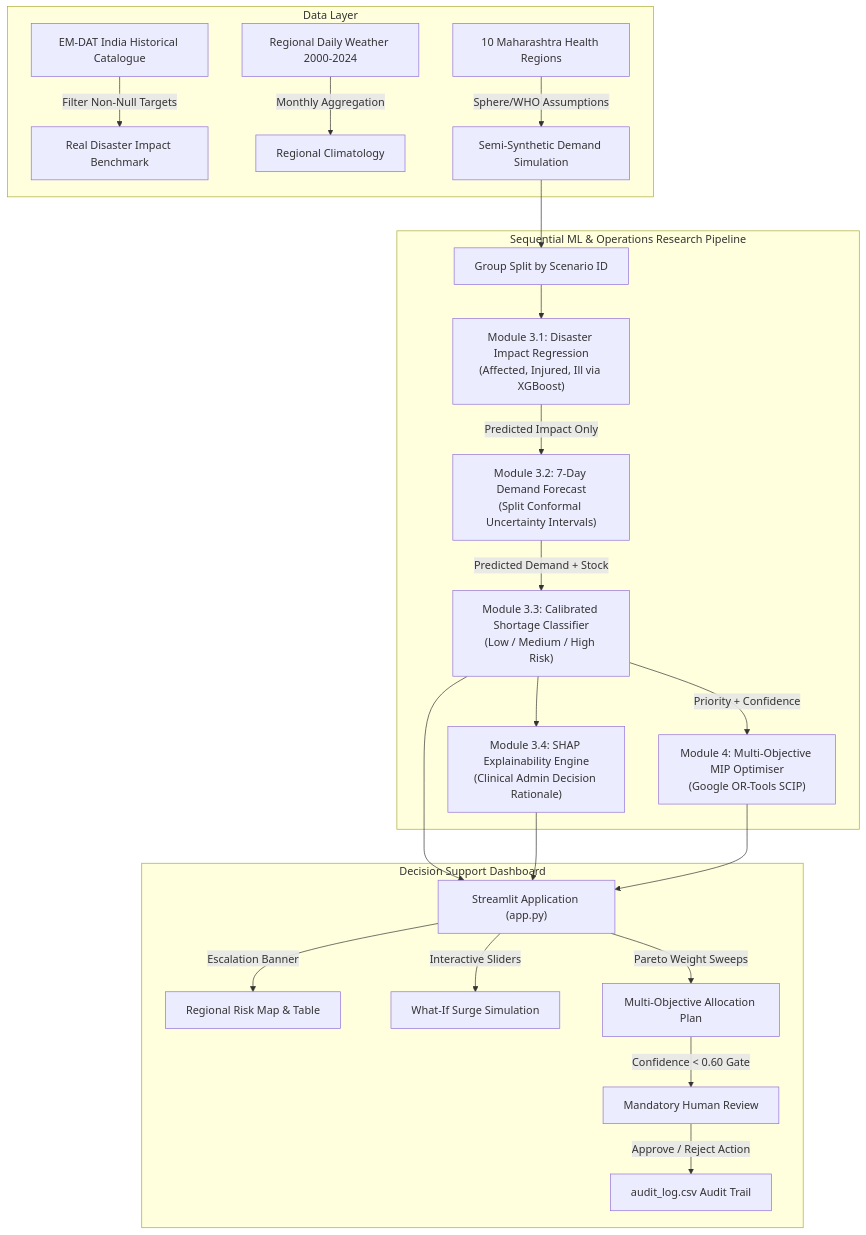
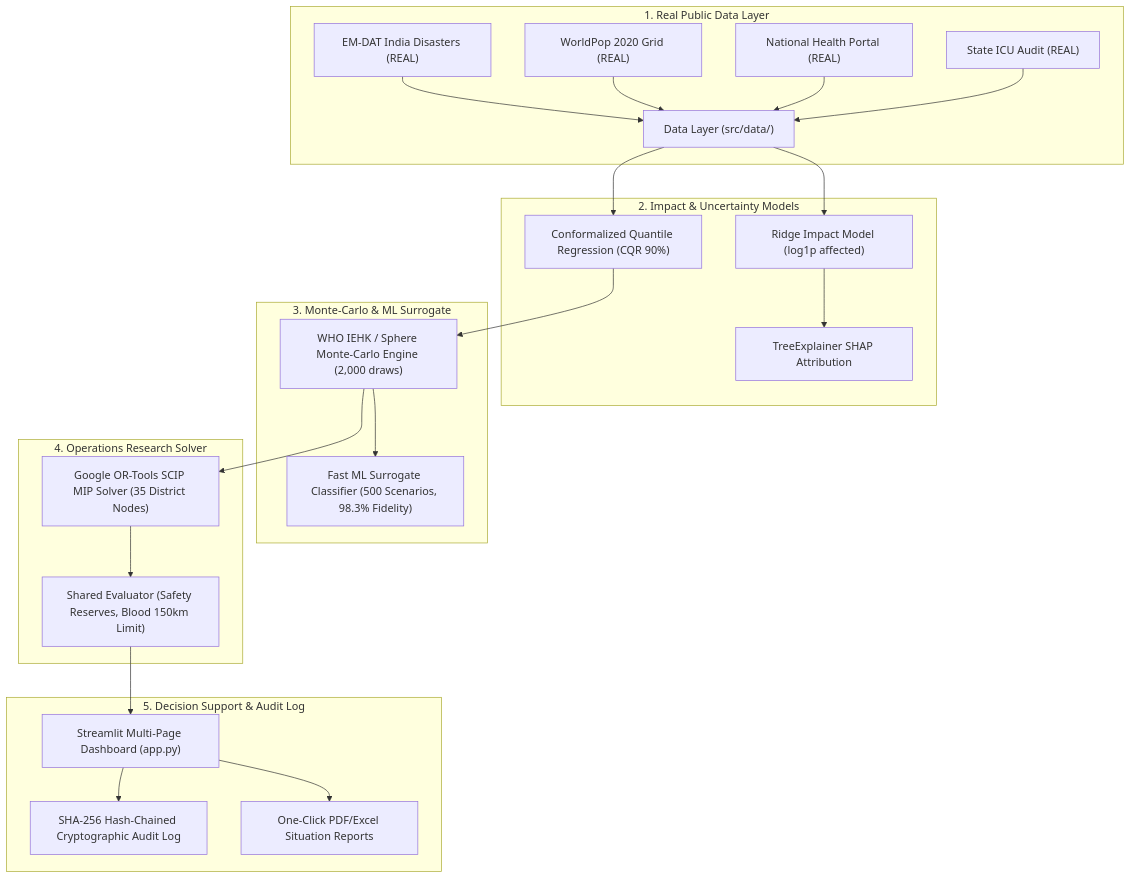
Before and after one commit to Srushti2630/disaster-healthcare-ai: the diagram in README.md, drawn with Mermaid. The commit also changed other lines of this file, not shown here.

Commit message:
Step 5: Rewrite README.md with honest abstract, architecture diagram, provenance registry, Before vs After table, 20-scenario benchmark results, limitations, and run instructions

````diff
--- a/README.md
+++ b/README.md
@@ -14,28 +14,31 @@
 ```mermaid
 flowchart TD
-    subgraph Data Layer
-        A1[EM-DAT India Historical Catalogue] -->|Filter Non-Null Targets| B1[Real Disaster Impact Benchmark]
-        A2[Regional Daily Weather 2000-2024] -->|Monthly Aggregation| B2[Regional Climatology]
-        A3[10 Maharashtra Health Regions] -->|Sphere/WHO Assumptions| B3[Semi-Synthetic Demand Simulation]
+    subgraph Data Layer [1. Real Public Data Layer]
+        A1["EM-DAT India Disasters (REAL)"] --> B1["Data Layer (src/data/)"]
+        A2["WorldPop 2020 Grid (REAL)"] --> B1
+        A3["National Health Portal (REAL)"] --> B1
+        A4["State ICU Audit (REAL)"] --> B1
     end
 
-    subgraph Pipeline [Sequential ML & Operations Research Pipeline]
-        B3 --> C1[Group Split by Scenario ID]
-        C1 --> M1["Module 3.1: Disaster Impact Regression<br/>(Affected, Injured, Ill via XGBoost)"]
-        M1 -->|Predicted Impact Only| M2["Module 3.2: 7-Day Demand Forecast<br/>(Split Conformal Uncertainty Intervals)"]
-        M2 -->|Predicted Demand + Stock| M3["Module 3.3: Calibrated Shortage Classifier<br/>(Low / Medium / High Risk)"]
-        M3 --> M4["Module 3.4: SHAP Explainability Engine<br/>(Clinical Admin Decision Rationale)"]
-        M3 -->|Priority + Confidence| OPT["Module 4: Multi-Objective MIP Optimiser<br/>(Google OR-Tools SCIP)"]
+    subgraph Modeling Layer [2. Impact & Uncertainty Models]
+        B1 --> C1["Ridge Impact Model (log1p affected)"]
+        B1 --> C2["Conformalized Quantile Regression (CQR 90%)"]
+        C1 --> D1["TreeExplainer SHAP Attribution"]
     end
 
-    subgraph Governance & Delivery [Decision Support Dashboard]
-        M3 --> DASH["Streamlit Application (app.py)"]
-        M4 --> DASH
-        OPT --> DASH
-        DASH -->|Escalation Banner| UI1[Regional Risk Map & Table]
-        DASH -->|Interactive Sliders| UI2[What-If Surge Simulation]
-        DASH -->|Pareto Weight Sweeps| UI3[Multi-Objective Allocation Plan]
-        UI3 -->|Confidence &lt; 0.60 Gate| REV[Mandatory Human Review]
-        REV -->|Approve / Reject Action| LOG[audit_log.csv Audit Trail]
+    subgraph Simulation Layer [3. Monte-Carlo & ML Surrogate]
+        C2 --> E1["WHO IEHK / Sphere Monte-Carlo Engine (2,000 draws)"]
+        E1 --> E2["Fast ML Surrogate Classifier (500 Scenarios, 98.3% Fidelity)"]
+    end
+
+    subgraph Optimization Layer [4. Operations Research Solver]
+        E1 --> F1["Google OR-Tools SCIP MIP Solver (35 District Nodes)"]
+        F1 --> F2["Shared Evaluator (Safety Reserves, Blood 150km Limit)"]
+    end
+
+    subgraph UI & Governance [5. Decision Support & Audit Log]
+        F2 --> G1["Streamlit Multi-Page Dashboard (app.py)"]
+        G1 --> G2["SHA-256 Hash-Chained Cryptographic Audit Log"]
+        G1 --> G3["One-Click PDF/Excel Situation Reports"]
     end
 ```
````
